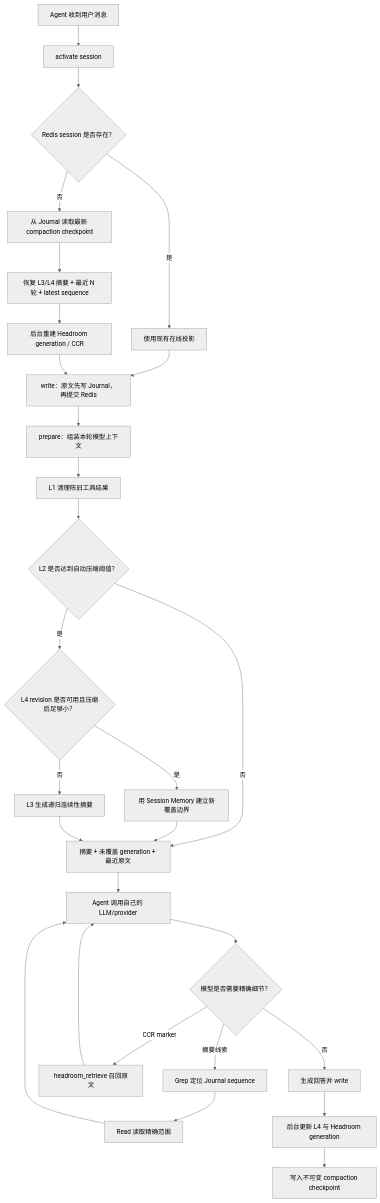
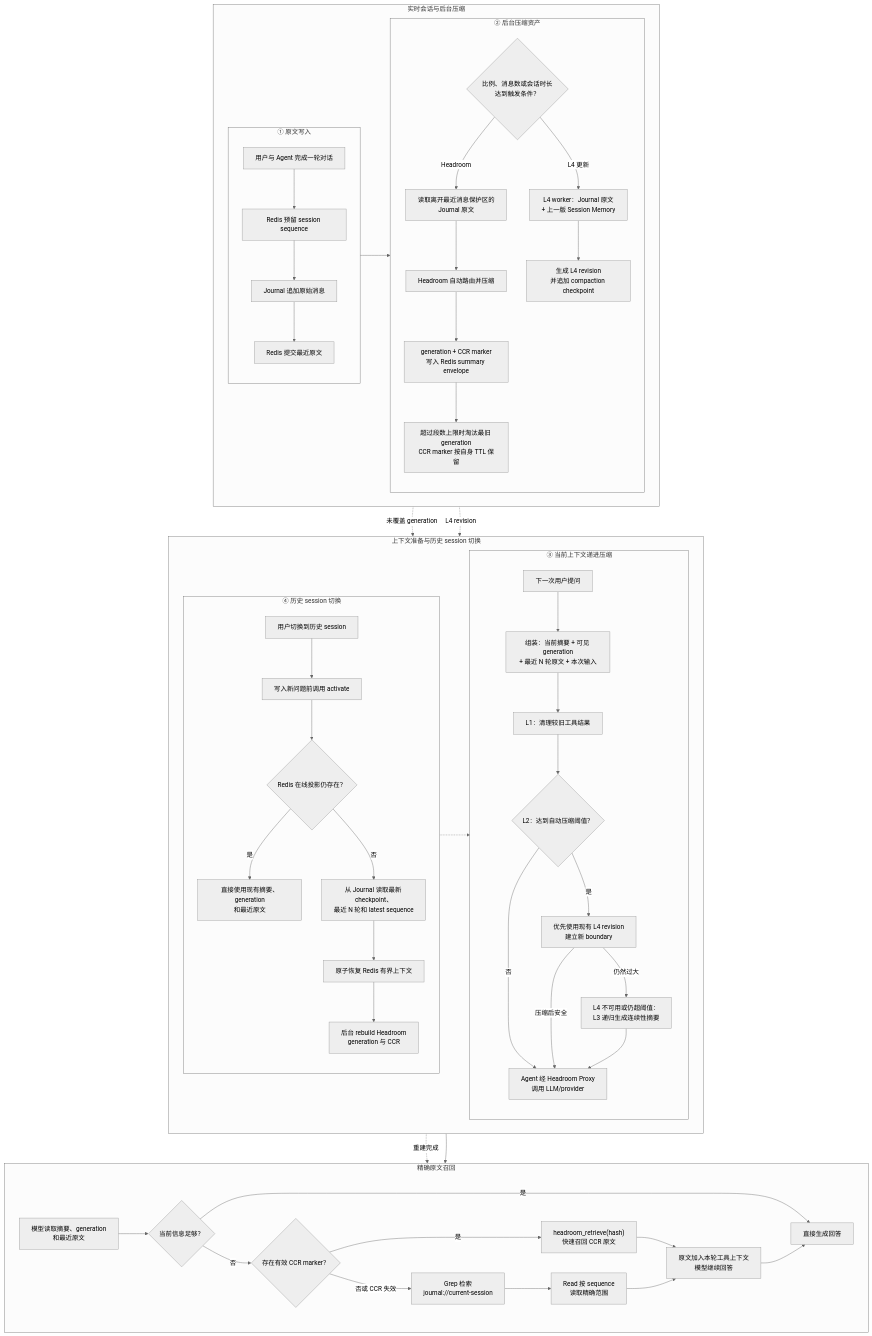
One commit to ZCDu/AGFS-MEM changed the diagram in README.md. Above: the diagram before and after it, drawn with Mermaid (neutral theme). The commit also changed other lines of this file, not shown here.

Commit message:
docs: update short-term memory README

````diff
--- a/README.md
+++ b/README.md
@@ -30,30 +30,88 @@
 ```mermaid
-flowchart TD
-    A["Agent 收到用户消息"] --> B["activate session"]
-    B --> C{"Redis session 是否存在？"}
-    C -->|是| D["使用现有在线投影"]
-    C -->|否| E["从 Journal 读取最新 compaction checkpoint"]
-    E --> F["恢复 L3/L4 摘要 + 最近 N 轮 + latest sequence"]
-    F --> G["后台重建 Headroom generation / CCR"]
-    D --> H["write：原文先写 Journal，再提交 Redis"]
-    G --> H
-    H --> I["prepare：组装本轮模型上下文"]
-    I --> J["L1 清理陈旧工具结果"]
-    J --> K{"L2 是否达到自动压缩阈值？"}
-    K -->|否| L["摘要 + 未覆盖 generation + 最近原文"]
-    K -->|是| M{"L4 revision 是否可用且压缩后足够小？"}
-    M -->|是| N["用 Session Memory 建立新覆盖边界"]
-    M -->|否| O["L3 生成递归连续性摘要"]
-    N --> L
-    O --> L
-    L --> P["Agent 调用自己的 LLM/provider"]
-    P --> Q{"模型是否需要精确细节？"}
-    Q -->|否| R["生成回答并 write"]
-    Q -->|CCR marker| S["headroom_retrieve 召回原文"]
-    Q -->|摘要线索| T["Grep 定位 Journal sequence"]
-    T --> U["Read 读取精确范围"]
-    S --> P
-    U --> P
-    R --> V["后台更新 L4 与 Headroom generation"]
-    V --> W["写入不可变 compaction checkpoint"]
+flowchart TB
+    subgraph ROW1["实时会话与后台压缩"]
+        direction LR
+
+        subgraph WRITE["① 原文写入"]
+            direction TB
+            A1["用户与 Agent 完成一轮对话"]
+            A2["Redis 预留 session sequence"]
+            A3["Journal 追加原始消息"]
+            A4["Redis 提交最近原文"]
+            A1 --> A2 --> A3 --> A4
+        end
+
+        subgraph BACKGROUND["② 后台压缩资产"]
+            direction TB
+            B1{"比例、消息数或会话时长<br/>达到触发条件？"}
+            B2["读取离开最近消息保护区的<br/>Journal 原文"]
+            B3["Headroom 自动路由并压缩"]
+            B4["generation + CCR marker<br/>写入 Redis summary envelope"]
+            B5["超过段数上限时淘汰最旧 generation<br/>CCR marker 按自身 TTL 保留"]
+            B6["L4 worker：Journal 原文<br/>+ 上一版 Session Memory"]
+            B7["生成 L4 revision<br/>并追加 compaction checkpoint"]
+            B1 -->|"Headroom"| B2 --> B3 --> B4 --> B5
+            B1 -->|"L4 更新"| B6 --> B7
+        end
+
+        A4 --> B1
+    end
+
+    subgraph ROW2["上下文准备与历史 session 切换"]
+        direction LR
+
+        subgraph PREPARE["③ 当前上下文递进压缩"]
+            direction TB
+            C1["下一次用户提问"]
+            C2["组装：当前摘要 + 可见 generation<br/>+ 最近 N 轮原文 + 本次输入"]
+            C3["L1：清理较旧工具结果"]
+            C4{"L2：达到自动压缩阈值？"}
+            C5["优先使用现有 L4 revision<br/>建立新 boundary"]
+            C6["L4 不可用或仍超阈值：<br/>L3 递归生成连续性摘要"]
+            C7["Agent 经 Headroom Proxy<br/>调用 LLM/provider"]
+            C1 --> C2 --> C3 --> C4
+            C4 -->|"否"| C7
+            C4 -->|"是"| C5
+            C5 -->|"压缩后安全"| C7
+            C5 -->|"仍然过大"| C6 --> C7
+        end
+
+        subgraph HISTORY["④ 历史 session 切换"]
+            direction TB
+            D1["用户切换到历史 session"]
+            D2["写入新问题前调用 activate"]
+            D3{"Redis 在线投影仍存在？"}
+            D4["直接使用现有摘要、generation<br/>和最近原文"]
+            D5["从 Journal 读取最新 checkpoint、<br/>最近 N 轮和 latest sequence"]
+            D6["原子恢复 Redis 有界上下文"]
+            D7["后台 rebuild Headroom<br/>generation 与 CCR"]
+            D1 --> D2 --> D3
+            D3 -->|"是"| D4
+            D3 -->|"否"| D5 --> D6 --> D7
+        end
+    end
+
+    subgraph ROW3["精确原文召回"]
+        direction LR
+        E1["模型读取摘要、generation<br/>和最近原文"]
+        E2{"当前信息足够？"}
+        E3["直接生成回答"]
+        E4{"存在有效 CCR marker？"}
+        E5["headroom_retrieve(hash)<br/>快速召回 CCR 原文"]
+        E6["Grep 检索<br/>journal://current-session"]
+        E7["Read 按 sequence<br/>读取精确范围"]
+        E8["原文加入本轮工具上下文<br/>模型继续回答"]
+        E1 --> E2
+        E2 -->|"是"| E3
+        E2 -->|"否"| E4
+        E4 -->|"是"| E5 --> E8
+        E4 -->|"否或 CCR 失效"| E6 --> E7 --> E8
+        E8 --> E3
+    end
+
+    B4 -. "未覆盖 generation" .-> C2
+    B7 -. "L4 revision" .-> C5
+    D4 -.-> C2
+    D7 -. "重建完成" .-> E1
+    C7 --> E1
 ```
````
